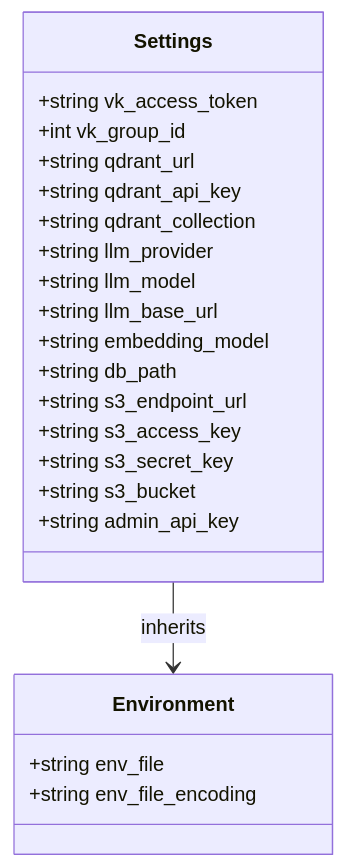
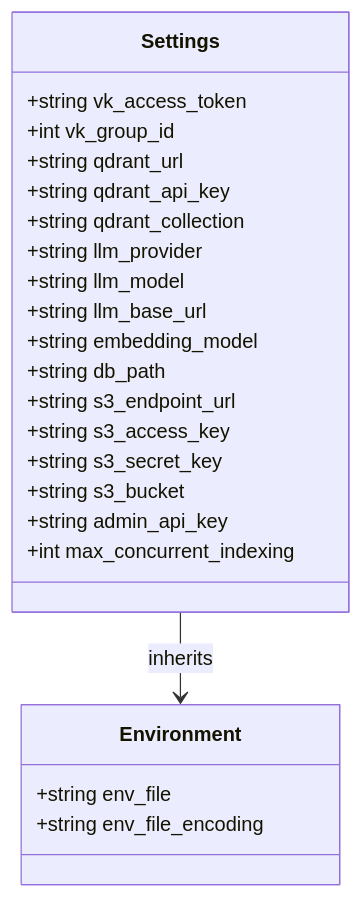
Diagram 17 of 20 in .qoder/repowiki/en/content/Document Management System.md (ognelis/cafetera_hr_bot), drawn with Mermaid before and after one commit. The commit also changed other lines of this file and 7 other files, not shown here.

````diff
--- a/.qoder/repowiki/en/content/Document Management System.md
+++ b/.qoder/repowiki/en/content/Document Management System.md
@@ -998,25 +1025,26 @@
 ```mermaid
 classDiagram
 class Settings {
 +string vk_access_token
 +int vk_group_id
 +string qdrant_url
 +string qdrant_api_key
 +string qdrant_collection
 +string llm_provider
 +string llm_model
 +string llm_base_url
 +string embedding_model
 +string db_path
 +string s3_endpoint_url
 +string s3_access_key
 +string s3_secret_key
 +string s3_bucket
 +string admin_api_key
++int max_concurrent_indexing
 }
 class Environment {
 +string env_file
 +string env_file_encoding
 }
 Settings --> Environment : inherits
 ```
````
